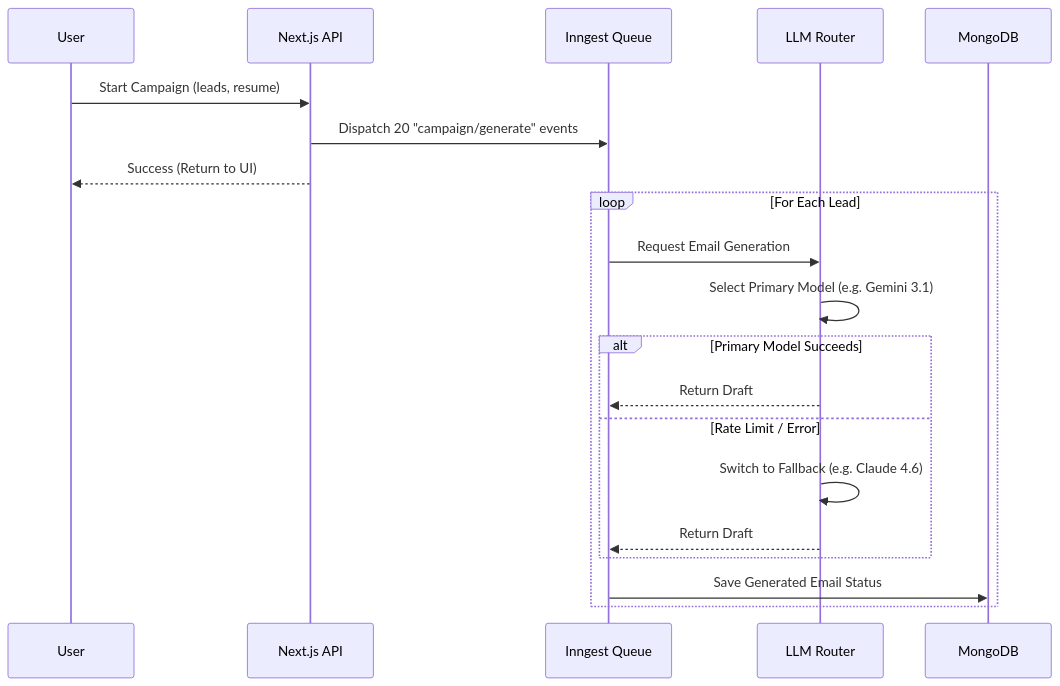
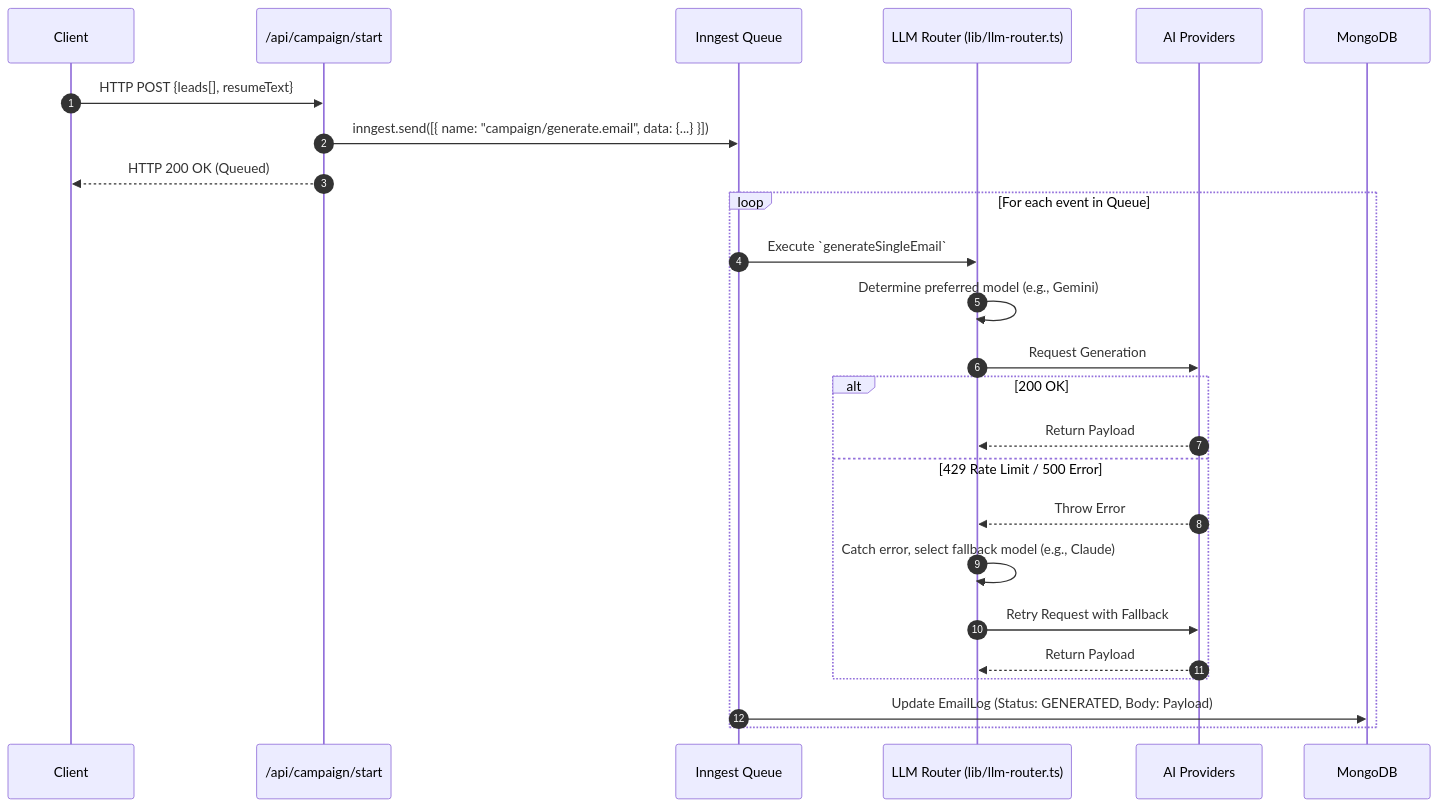
The first of 4 diagrams in README.md (VarunSingh19/pitchr), drawn with Mermaid before and after one commit. The commit also changed other lines of this file and 2 other files, not shown here.

````diff
--- a/README.md
+++ b/README.md
@@ -29,26 +64,31 @@
 ```mermaid
 sequenceDiagram
-    participant User
-    participant NextJS as Next.js API
-    participant Inngest as Inngest Queue
-    participant Router as LLM Router
+    autonumber
+    participant Client
+    participant API as /api/campaign/start
+    participant Queue as Inngest Queue
+    participant Router as LLM Router (lib/llm-router.ts)
+    participant Providers as AI Providers
     participant DB as MongoDB
 
-    User->>NextJS: Start Campaign (leads, resume)
-    NextJS->>Inngest: Dispatch 20 "campaign/generate" events
-    NextJS-->>User: Success (Return to UI)
+    Client->>API: HTTP POST {leads[], resumeText}
+    API->>Queue: inngest.send([{ name: "campaign/generate.email", data: {...} }])
+    API-->>Client: HTTP 200 OK (Queued)
     
-    loop For Each Lead
-        Inngest->>Router: Request Email Generation
-        Router->>Router: Select Primary Model (e.g. Gemini 3.1)
+    loop For each event in Queue
+        Queue->>Router: Execute `generateSingleEmail`
+        Router->>Router: Determine preferred model (e.g., Gemini)
         
-        alt Primary Model Succeeds
-            Router-->>Inngest: Return Draft
-        else Rate Limit / Error
-            Router->>Router: Switch to Fallback (e.g. Claude 4.6)
-            Router-->>Inngest: Return Draft
+        Router->>Providers: Request Generation
+        alt 200 OK
+            Providers-->>Router: Return Payload
+        else 429 Rate Limit / 500 Error
+            Providers-->>Router: Throw Error
+            Router->>Router: Catch error, select fallback model (e.g., Claude)
+            Router->>Providers: Retry Request with Fallback
+            Providers-->>Router: Return Payload
         end
         
-        Inngest->>DB: Save Generated Email Status
+        Queue->>DB: Update EmailLog (Status: GENERATED, Body: Payload)
     end
 ```
````
